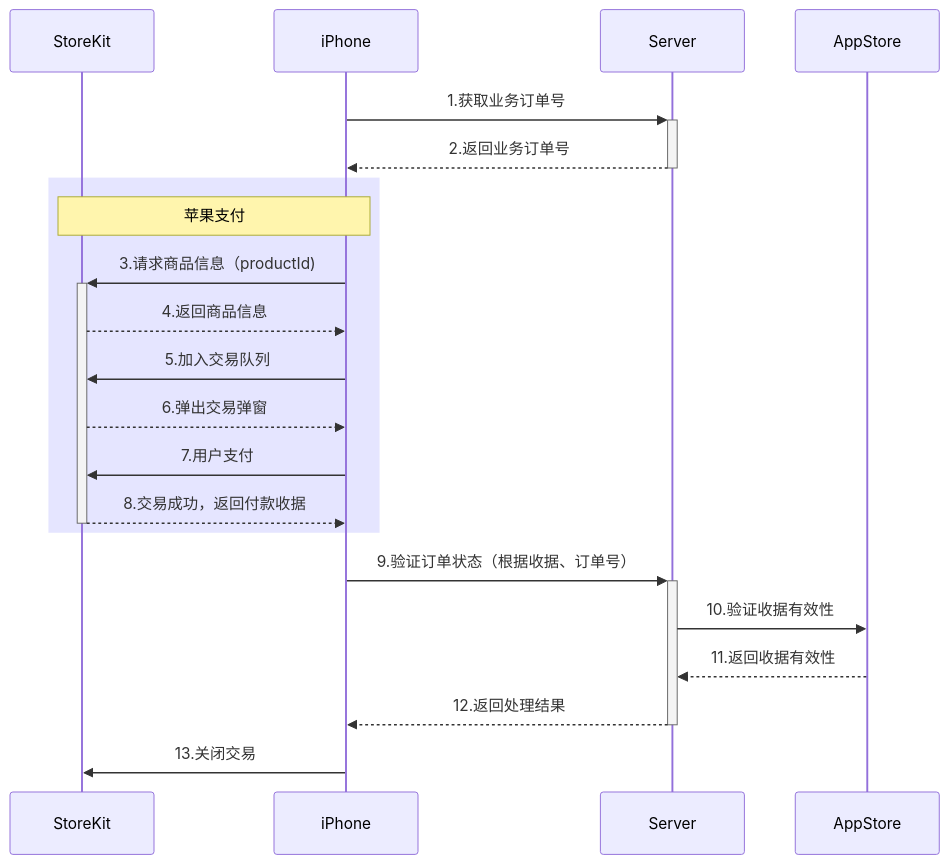
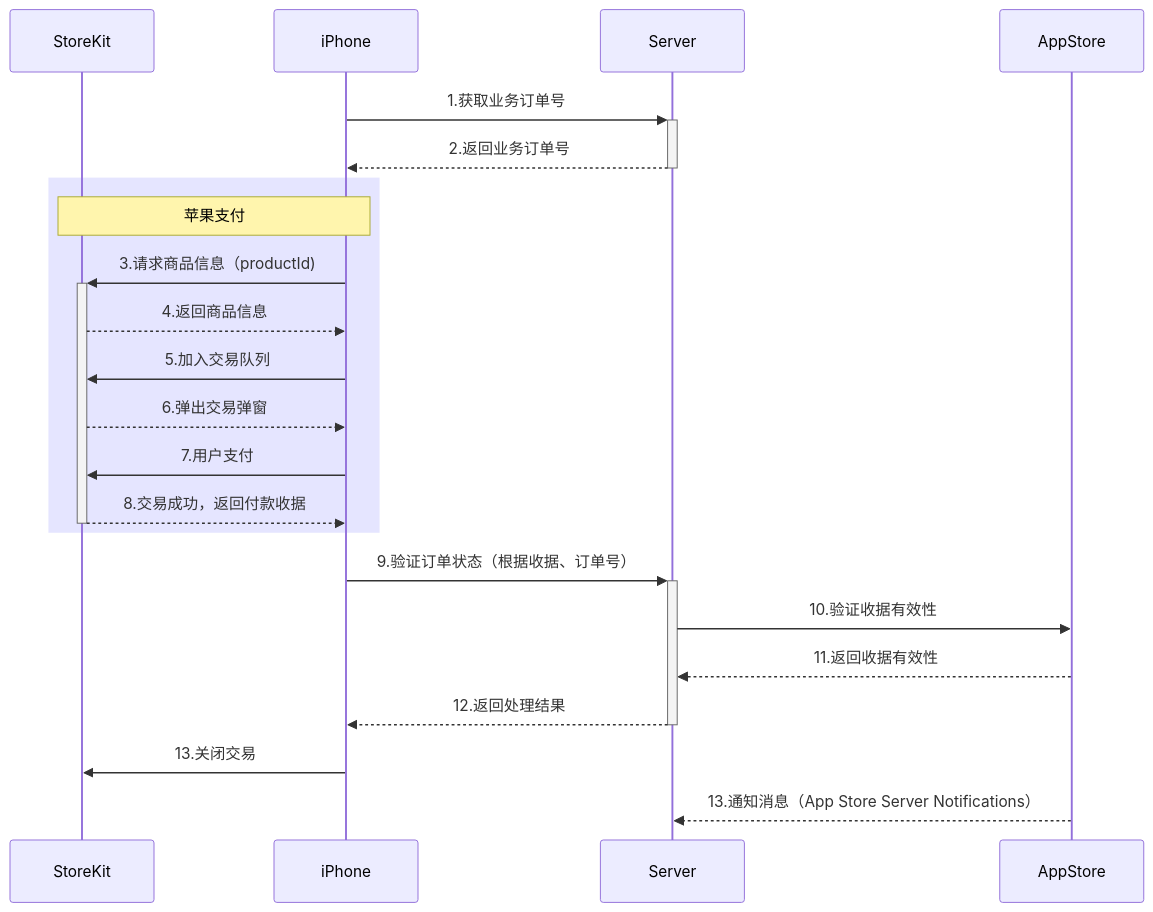
The first of 2 diagrams in _posts/2020-04-04-appstore-in-app-purchase.md (liushoukai/liushoukai.github.io), drawn with Mermaid before and after one commit. The commit also changed other lines of this file and 6 other files, not shown here.

```diff
--- a/_posts/2020-04-04-appstore-in-app-purchase.md
+++ b/_posts/2020-04-04-appstore-in-app-purchase.md
@@ -138,26 +118,27 @@
 <div class="mermaid">
 sequenceDiagram
 	participant StoreKit as StoreKit
 	participant App as iPhone
 	participant Server
 	participant AppStore
 	App->>+Server: 1.获取业务订单号
 	Server-->>-App: 2.返回业务订单号
 
 	rect rgba(0, 0, 255, .1)
 	Note over App,StoreKit: 苹果支付
 	App->>+StoreKit: 3.请求商品信息（productId)
 	StoreKit-->>App: 4.返回商品信息
 	App->>StoreKit: 5.加入交易队列
 	StoreKit-->>App: 6.弹出交易弹窗
 	App->>StoreKit: 7.用户支付
 	StoreKit-->>-App: 8.交易成功，返回付款收据
 	end
 	
 	App->>+Server: 9.验证订单状态（根据收据、订单号）
 	Server->>AppStore: 10.验证收据有效性
 	AppStore-->>Server: 11.返回收据有效性
 	Server-->>-App: 12.返回处理结果
-	
 	App->>StoreKit: 13.关闭交易
+
+  AppStore-->>Server: 13.通知消息（App Store Server Notifications）
 </div>
```
